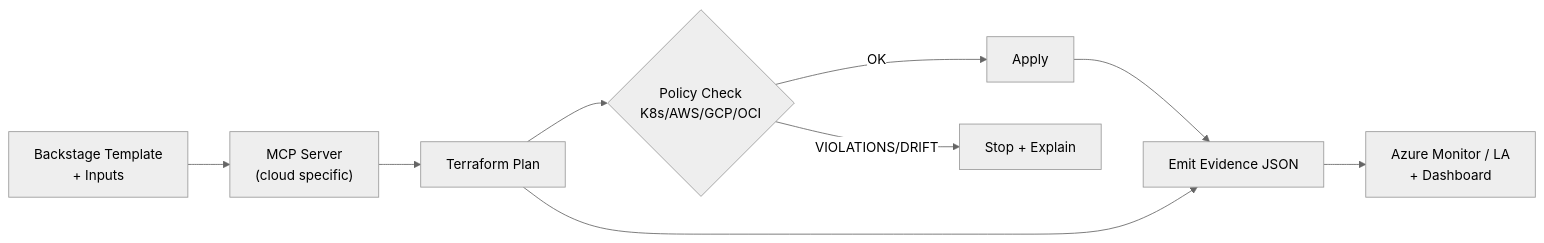
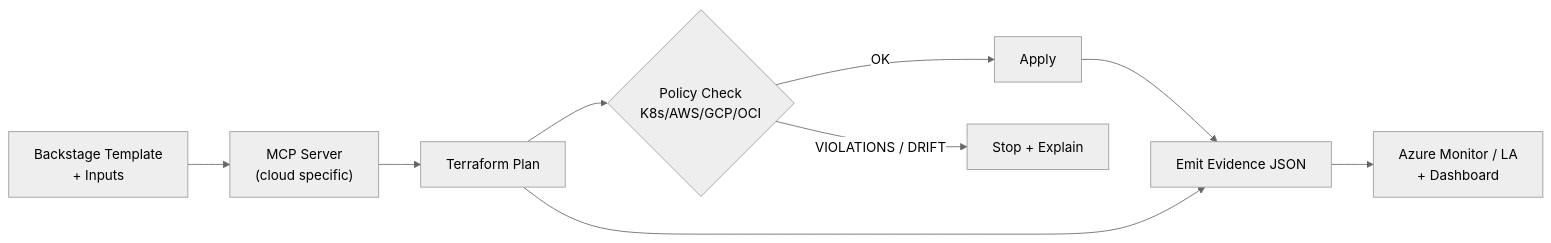
One commit to SAABOLImpactVenture/ai-powered-infrastructure-as-a-product changed the first of 2 diagrams in README.md. Above: the diagram before and after it, drawn with Mermaid (neutral theme). The commit also changed other lines of this file and 5 other files, not shown here.

Commit message:
docs: add CI Flows doc and update README

````diff
--- a/README.md
+++ b/README.md
@@ -27,11 +35,11 @@
 ```mermaid
 flowchart LR
-  A["Backstage Template\n + Inputs"] --> B["MCP Server\n(cloud specific)"]
+  A["Backstage Template\n+ Inputs"] --> B["MCP Server\n(cloud specific)"]
   B --> C["Terraform Plan"]
   C --> D{"Policy Check\nK8s/AWS/GCP/OCI"}
   D -->|OK| E[Apply]
-  D -->|VIOLATIONS/DRIFT| F["Stop + Explain"]
+  D -->|VIOLATIONS / DRIFT| F["Stop + Explain"]
   E --> G["Emit Evidence JSON"]
   C --> G
   G --> H["Azure Monitor / LA\n+ Dashboard"]
 ```
````
